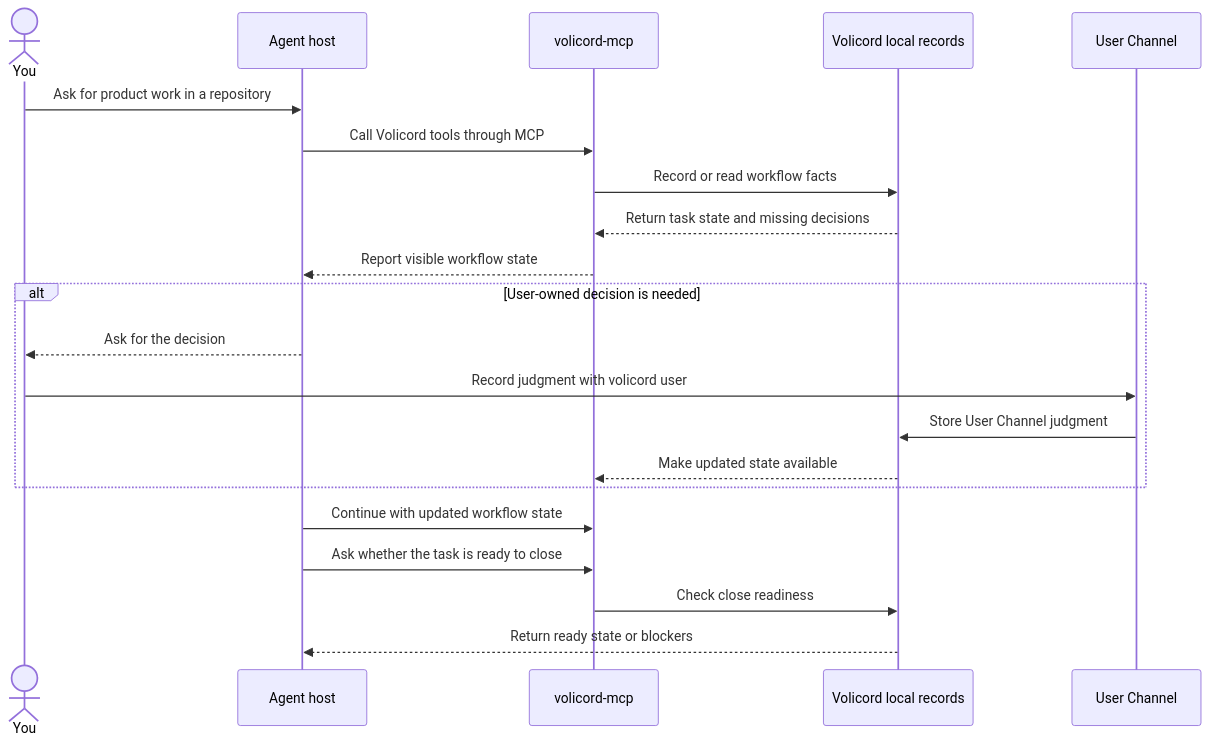
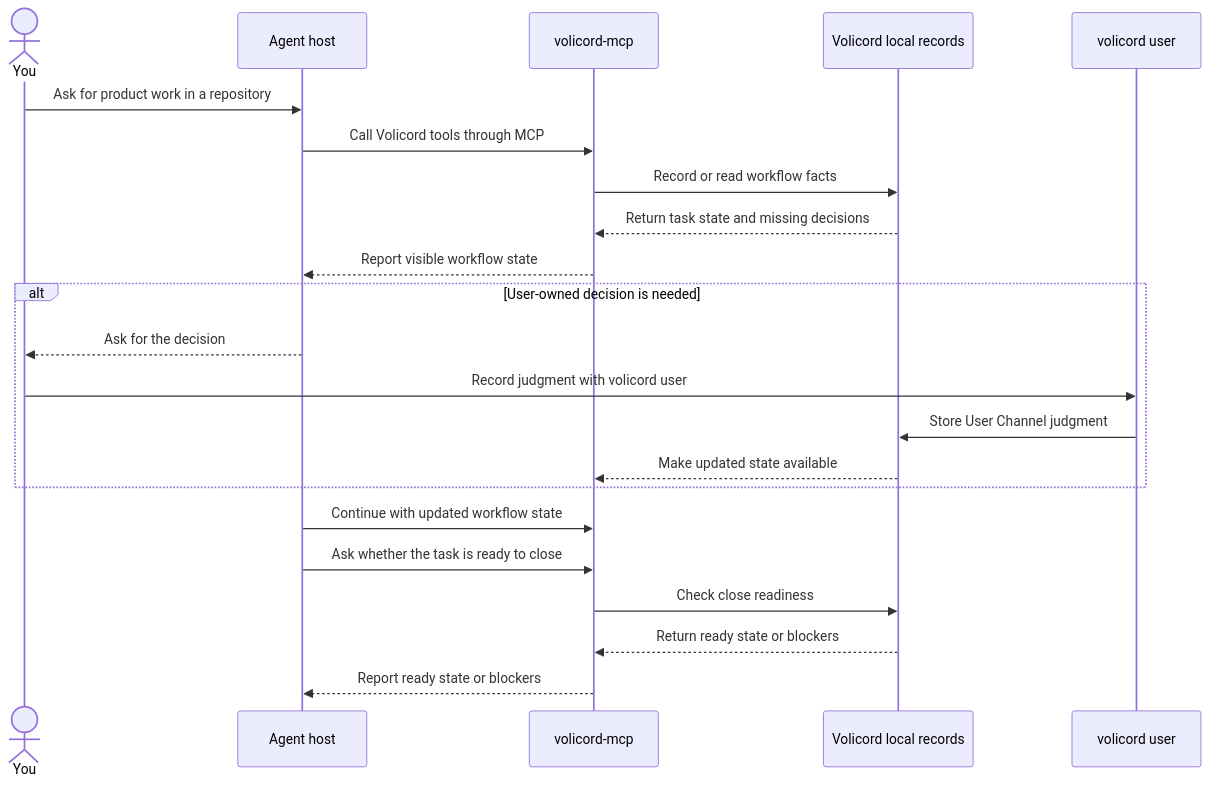
One commit to minjungw00/Volicord changed the first of 2 diagrams in README.md. Above: the diagram before and after it, drawn with Mermaid. The commit also changed other lines of this file and 1 other file, not shown here.

Commit message:
docs: refine diagram explanations

````diff
--- a/README.md
+++ b/README.md
@@ -125,24 +125,25 @@
 ```mermaid
 sequenceDiagram
   actor You as You
   participant Host as Agent host
   participant MCP as volicord-mcp
   participant Records as Volicord local records
-  participant UserCLI as User Channel
+  participant UserCLI as volicord user
 
   You->>Host: Ask for product work in a repository
   Host->>MCP: Call Volicord tools through MCP
   MCP->>Records: Record or read workflow facts
   Records-->>MCP: Return task state and missing decisions
   MCP-->>Host: Report visible workflow state
   alt User-owned decision is needed
     Host-->>You: Ask for the decision
     You->>UserCLI: Record judgment with volicord user
     UserCLI->>Records: Store User Channel judgment
     Records-->>MCP: Make updated state available
   end
   Host->>MCP: Continue with updated workflow state
   Host->>MCP: Ask whether the task is ready to close
   MCP->>Records: Check close readiness
-  Records-->>Host: Return ready state or blockers
+  Records-->>MCP: Return ready state or blockers
+  MCP-->>Host: Report ready state or blockers
 ```
````
